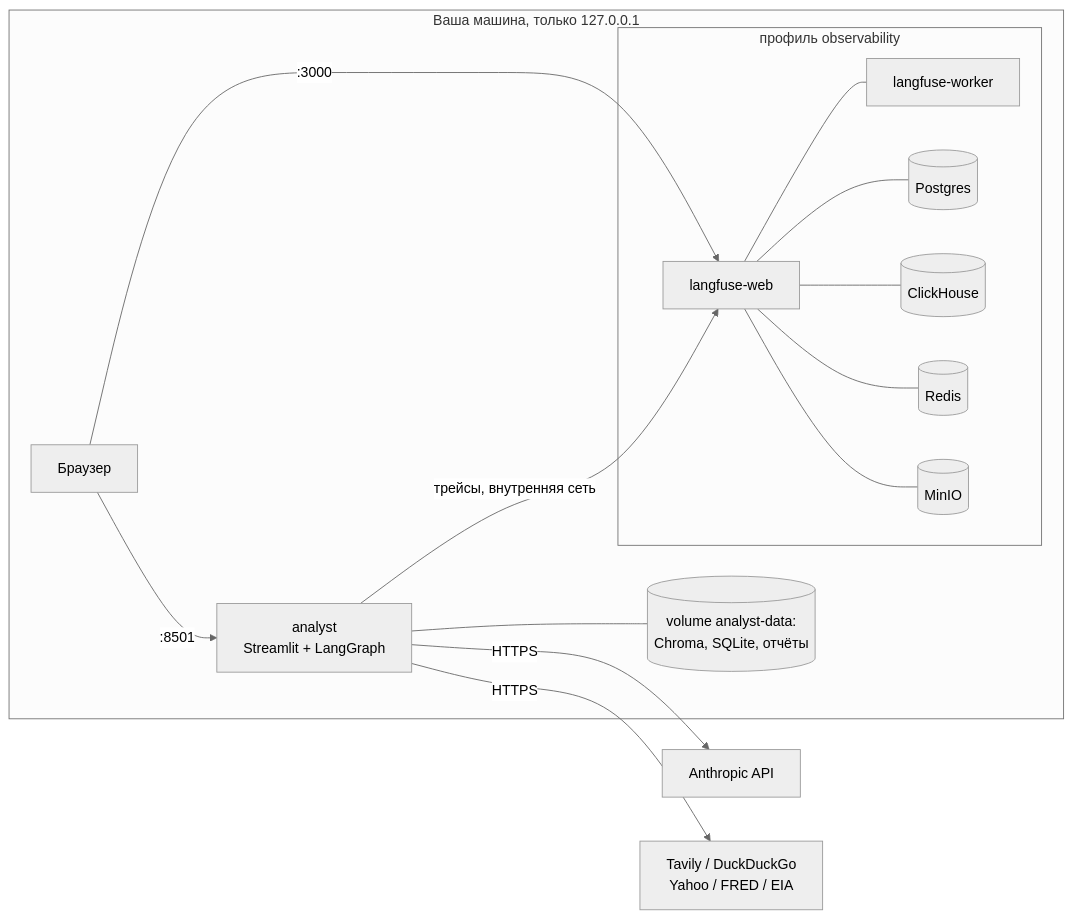
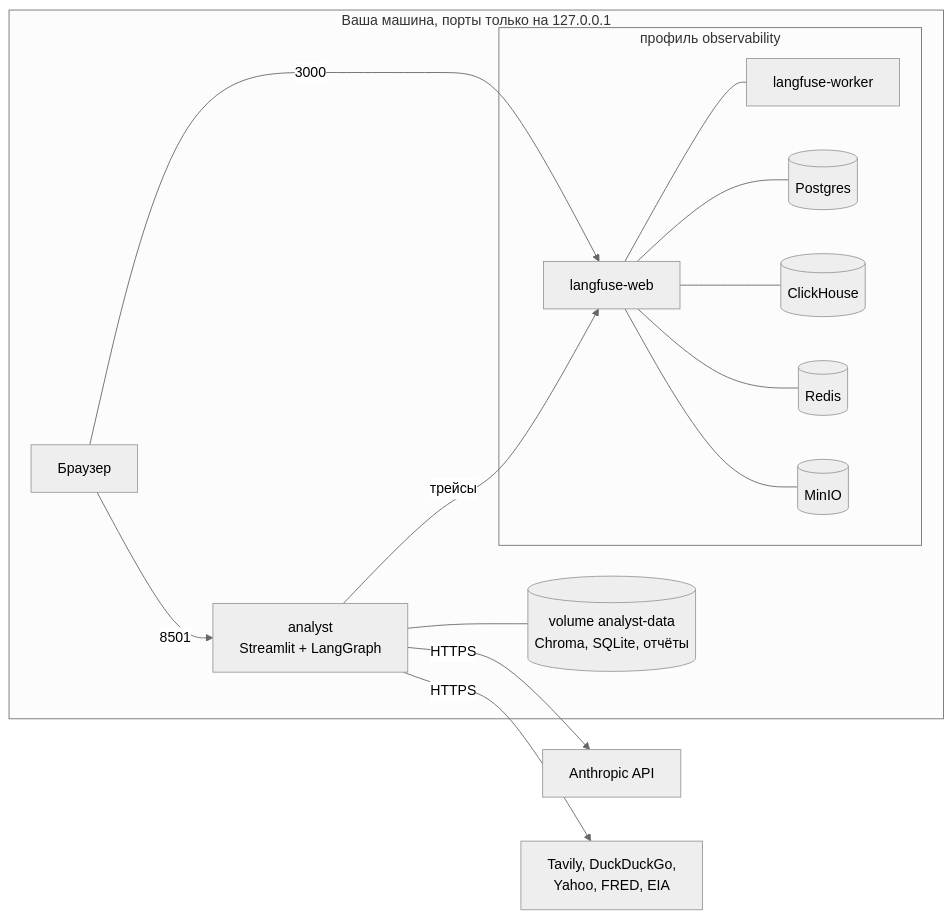
Before and after one commit to fpakhurov/oil-gas-analyst: the third of 3 diagrams in README.md, drawn with Mermaid (neutral theme). The commit also changed other lines of this file and 12 other files, not shown here.

````diff
--- a/README.md
+++ b/README.md
@@ -198,18 +200,18 @@
 ```mermaid
 flowchart LR
-    subgraph host[Ваша машина, только 127.0.0.1]
-        B[Браузер] -->|:8501| AN[analyst<br/>Streamlit + LangGraph]
-        B -->|:3000| LW[langfuse-web]
-        subgraph obs[профиль observability]
-            LW --- LWK[langfuse-worker]
-            LW --- PG[(Postgres)]
-            LW --- CH[(ClickHouse)]
-            LW --- RD[(Redis)]
-            LW --- MN[(MinIO)]
+    subgraph host["Ваша машина, порты только на 127.0.0.1"]
+        B["Браузер"] -->|"8501"| AN["analyst<br/>Streamlit + LangGraph"]
+        B -->|"3000"| LW["langfuse-web"]
+        subgraph obs["профиль observability"]
+            LW --- LWK["langfuse-worker"]
+            LW --- PG[("Postgres")]
+            LW --- CH[("ClickHouse")]
+            LW --- RD[("Redis")]
+            LW --- MN[("MinIO")]
         end
-        AN -->|трейсы, внутренняя сеть| LW
-        AN --- VOL[(volume analyst-data:<br/>Chroma, SQLite, отчёты)]
+        AN -->|"трейсы"| LW
+        AN --- VOL[("volume analyst-data<br/>Chroma, SQLite, отчёты")]
     end
-    AN -->|HTTPS| API[Anthropic API]
-    AN -->|HTTPS| EXT[Tavily / DuckDuckGo<br/>Yahoo / FRED / EIA]
+    AN -->|"HTTPS"| API["Anthropic API"]
+    AN -->|"HTTPS"| EXT["Tavily, DuckDuckGo,<br/>Yahoo, FRED, EIA"]
 ```
````
